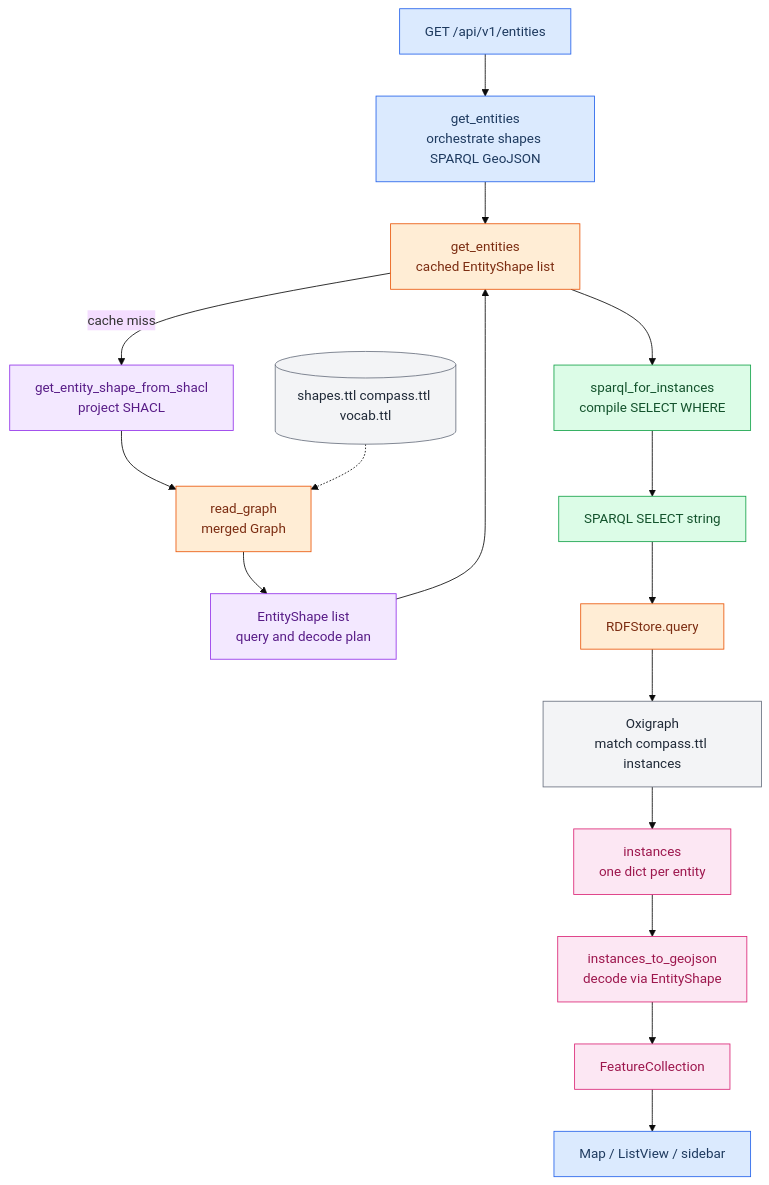
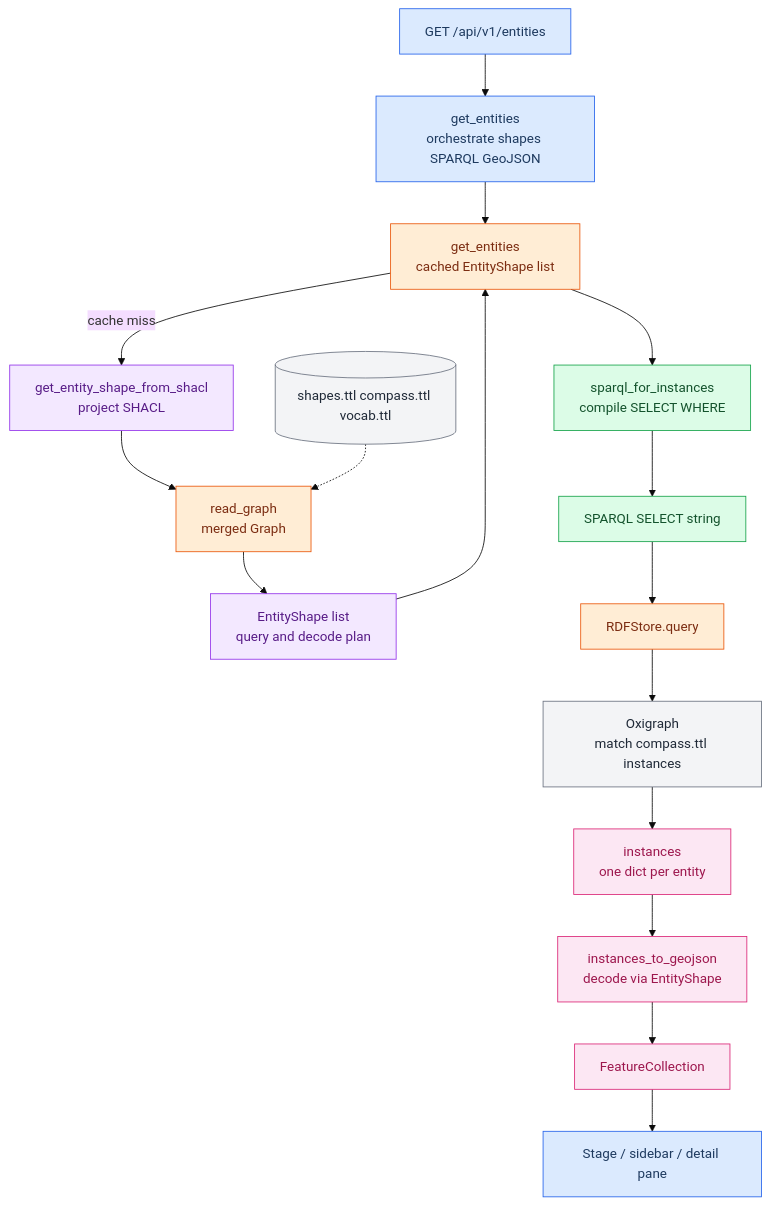
Before and after one commit to sdsc-ordes/compass: the second of 2 diagrams in docs/compass/design.md, drawn with Mermaid (base theme). The commit also changed other lines of this file and 65 other files, not shown here.

````diff
--- a/docs/compass/design.md
+++ b/docs/compass/design.md
@@ -50,38 +50,38 @@
 ```mermaid
 flowchart TB
   API["GET /api/v1/entities"]
   ER["get_entities<br/>orchestrate shapes SPARQL GeoJSON"]
   EF["get_entities<br/>cached EntityShape list"]
   EP["get_entity_shape_from_shacl<br/>project SHACL"]
   G["read_graph<br/>merged Graph"]
   TTL[("shapes.ttl compass.ttl vocab.ttl")]
   SHAPE["EntityShape list<br/>query and decode plan"]
   B["sparql_for_instances<br/>compile SELECT WHERE"]
   QSTR["SPARQL SELECT string"]
   Q["RDFStore.query"]
   OXI["Oxigraph<br/>match compass.ttl instances"]
   INST["instances<br/>one dict per entity"]
   GEO["instances_to_geojson<br/>decode via EntityShape"]
   FC["FeatureCollection"]
-  MAP["Map / ListView / sidebar"]
+  MAP["Stage / sidebar / detail pane"]
 
   API --> ER --> EF
   EF -->|cache miss| EP --> G
   TTL -.-> G
   G --> SHAPE --> EF
   EF --> B --> QSTR --> Q --> OXI --> INST --> GEO --> FC --> MAP
 
   classDef router fill:#dbeafe,stroke:#2563eb,color:#1e3a5f
   classDef rdf fill:#ffedd5,stroke:#ea580c,color:#7c2d12
   classDef entitiesmod fill:#f3e8ff,stroke:#9333ea,color:#581c87
   classDef builder fill:#dcfce7,stroke:#16a34a,color:#14532d
   classDef translator fill:#fce7f3,stroke:#db2777,color:#9d174d
   classDef ontology fill:#f3f4f6,stroke:#6b7280,color:#1f2937
 
   class API,MAP,ER router
   class EF,G,Q rdf
   class EP,SHAPE entitiesmod
   class B,QSTR builder
   class GEO,FC,INST translator
   class TTL,OXI ontology
 ```
````
